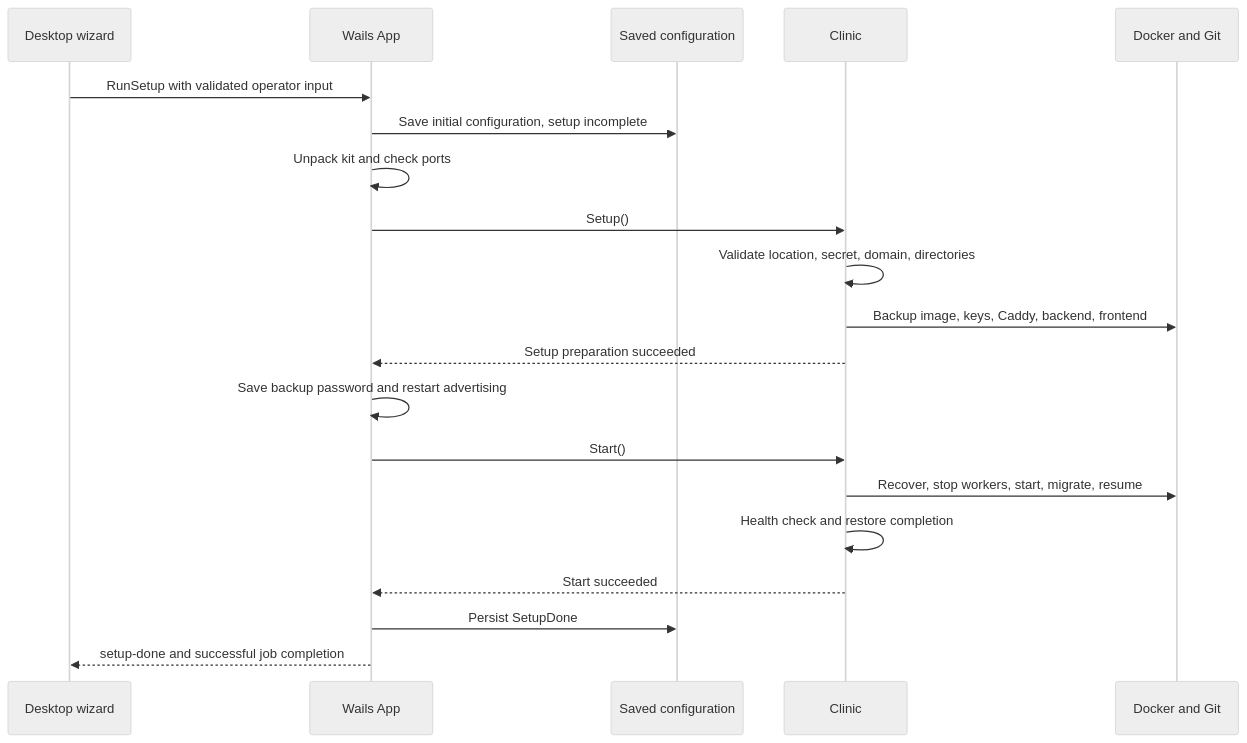
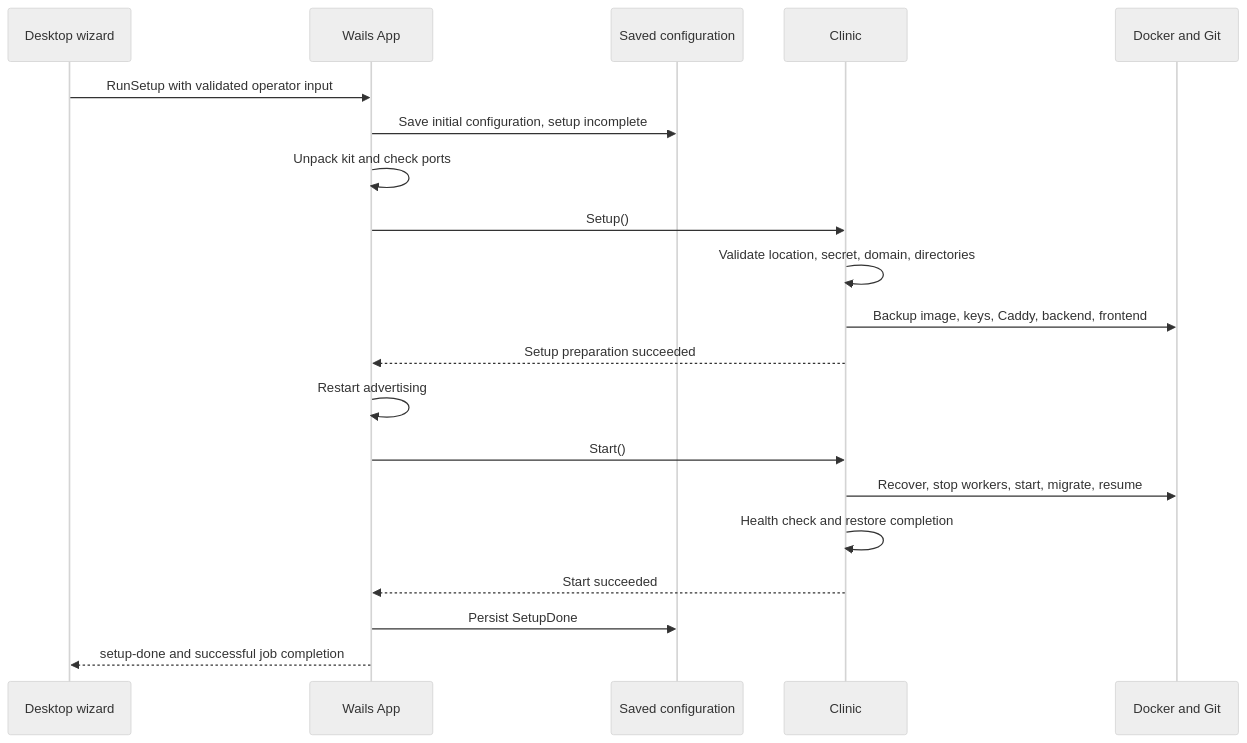
Before and after one commit to ohcnetwork/care_clinic: the second of 6 diagrams in docs/clinic-lifecycle.md, drawn with Mermaid (neutral theme). The commit also changed other lines of this file and 75 other files, not shown here.

````diff
--- a/docs/clinic-lifecycle.md
+++ b/docs/clinic-lifecycle.md
@@ -248,22 +248,22 @@
 ```mermaid
 sequenceDiagram
     participant UI as Desktop wizard
     participant App as Wails App
     participant Config as Saved configuration
     participant Clinic as Clinic
     participant Docker as Docker and Git
     UI->>App: RunSetup with validated operator input
     App->>Config: Save initial configuration, setup incomplete
     App->>App: Unpack kit and check ports
     App->>Clinic: Setup()
     Clinic->>Clinic: Validate location, secret, domain, directories
     Clinic->>Docker: Backup image, keys, Caddy, backend, frontend
     Clinic-->>App: Setup preparation succeeded
-    App->>App: Save backup password and restart advertising
+    App->>App: Restart advertising
     App->>Clinic: Start()
     Clinic->>Docker: Recover, stop workers, start, migrate, resume
     Clinic->>Clinic: Health check and restore completion
     Clinic-->>App: Start succeeded
     App->>Config: Persist SetupDone
     App-->>UI: setup-done and successful job completion
 ```
````
